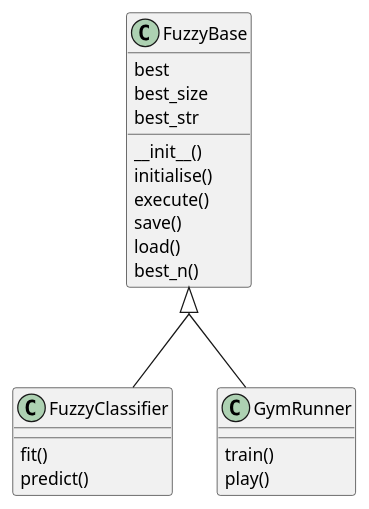
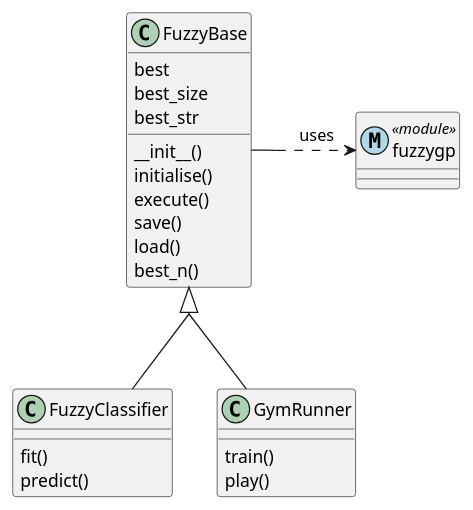
Before and after one commit to davekirby/EFFProject: the diagram in report/architecture.puml, drawn with PlantUML. The commit also changed 13 other files, not shown here.

Commit message:
Ran black for first time in a while.  Writing more of the Architecture section of the report.

```diff
--- a/report/architecture.puml
+++ b/report/architecture.puml
@@ -1,29 +1,37 @@
 @startuml
+
 skinparam groupInheritance 2
 
 class FuzzyBase {
     __init__()
     initialise()
     execute()
     save()
     load()
     best
     best_n()
     best_size
     best_str
 } 
 
+class fuzzygp << (M, lightblue) module >> {
+    
+}
+
 class FuzzyClassifier {
     fit()
     predict()
 }
 
 class GymRunner{
     train()
     play()
 }
 
+FuzzyBase .right.> fuzzygp : uses
+
+
 FuzzyBase <|-- FuzzyClassifier
 FuzzyBase <|-- GymRunner
 
 @enduml
```
